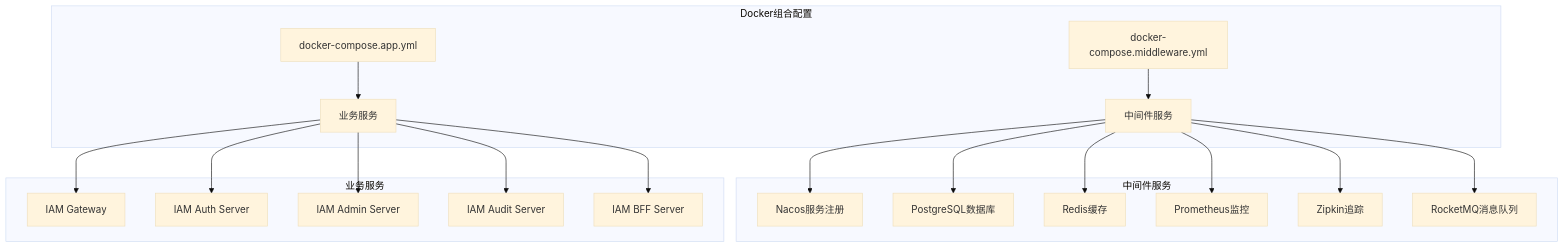
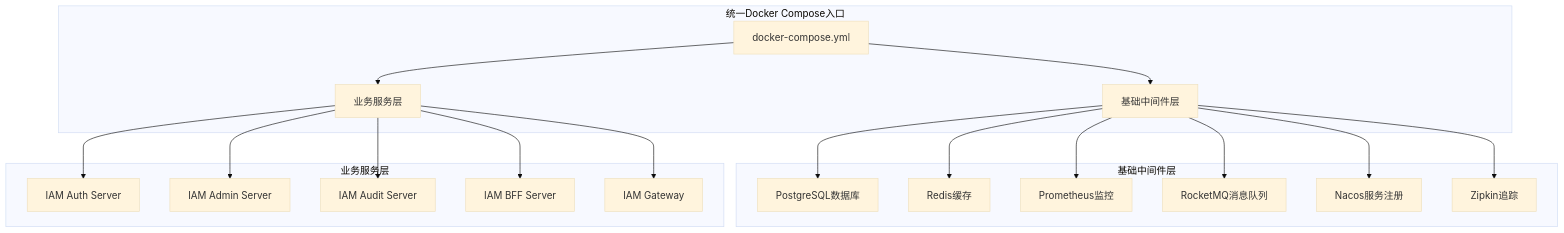
One commit to fq0121104930716/iam-platform changed the first of 10 diagrams in .qoder/repowiki/zh/content/部署运维/Docker组合使用指南.md. Above: the diagram before and after it, drawn with Mermaid (base theme). The commit also changed other lines of this file and 42 other files, not shown here.

````diff
--- a/.qoder/repowiki/zh/content/部署运维/Docker组合使用指南.md
+++ b/.qoder/repowiki/zh/content/部署运维/Docker组合使用指南.md
@@ -41,33 +52,33 @@
 ```mermaid
 graph TB
-subgraph "Docker组合配置"
-A[docker-compose.middleware.yml] --> B[中间件服务]
-C[docker-compose.app.yml] --> D[业务服务]
+subgraph "统一Docker Compose入口"
+A[docker-compose.yml] --> B[基础中间件层]
+A --> C[业务服务层]
 end
-subgraph "中间件服务"
-E[Nacos服务注册]
-F[PostgreSQL数据库]
-G[Redis缓存]
-H[Prometheus监控]
+subgraph "基础中间件层"
+D[PostgreSQL数据库]
+E[Redis缓存]
+F[Prometheus监控]
+G[RocketMQ消息队列]
+H[Nacos服务注册]
 I[Zipkin追踪]
-J[RocketMQ消息队列]
 end
-subgraph "业务服务"
-K[IAM Gateway]
-L[IAM Auth Server]
-M[IAM Admin Server]
-N[IAM Audit Server]
-O[IAM BFF Server]
+subgraph "业务服务层"
+J[IAM Auth Server]
+K[IAM Admin Server]
+L[IAM Audit Server]
+M[IAM BFF Server]
+N[IAM Gateway]
 end
+B --> D
 B --> E
 B --> F
 B --> G
 B --> H
 B --> I
-B --> J
-D --> K
-D --> L
-D --> M
-D --> N
-D --> O
+C --> J
+C --> K
+C --> L
+C --> M
+C --> N
 ```
````
